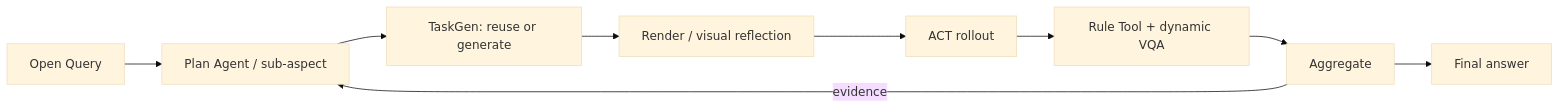
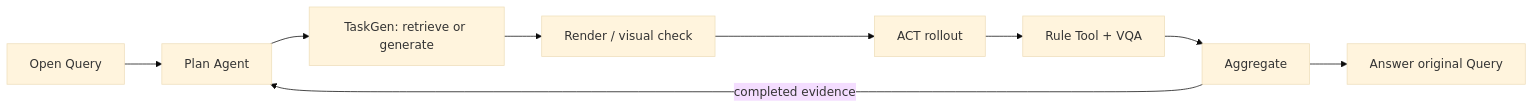
The diagram in docs/evidence/current/README.md (Yutenji-Nyamu/mea), drawn with Mermaid (base theme) before and after one commit. The commit also changed other lines of this file and 32 other files, not shown here.

````diff
--- a/docs/evidence/current/README.md
+++ b/docs/evidence/current/README.md
@@ -40,11 +42,11 @@
 ```mermaid
 flowchart LR
-  Q["Open Query"] --> P["Plan Agent / sub-aspect"]
-  P --> T["TaskGen: reuse or generate"]
-  T --> I["Render / visual reflection"]
-  I --> E["ACT rollout"]
-  E --> V["Rule Tool + dynamic VQA"]
+  Q["Open Query"] --> P["Plan Agent"]
+  P --> T["TaskGen: retrieve or generate"]
+  T --> R["Render / visual check"]
+  R --> E["ACT rollout"]
+  E --> V["Rule Tool + VQA"]
   V --> A["Aggregate"]
-  A -->|"evidence"| P
-  A --> R["Final answer"]
+  A -->|"completed evidence"| P
+  A --> F["Answer original Query"]
 ```
````
